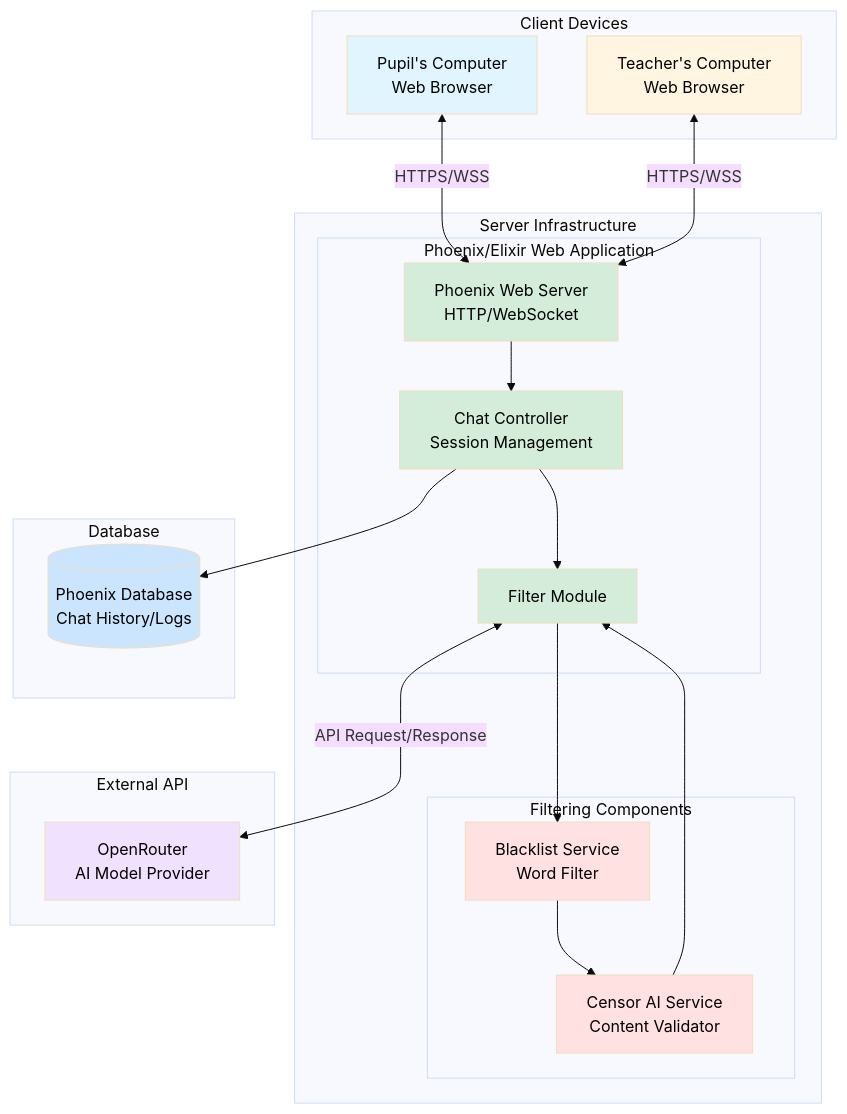
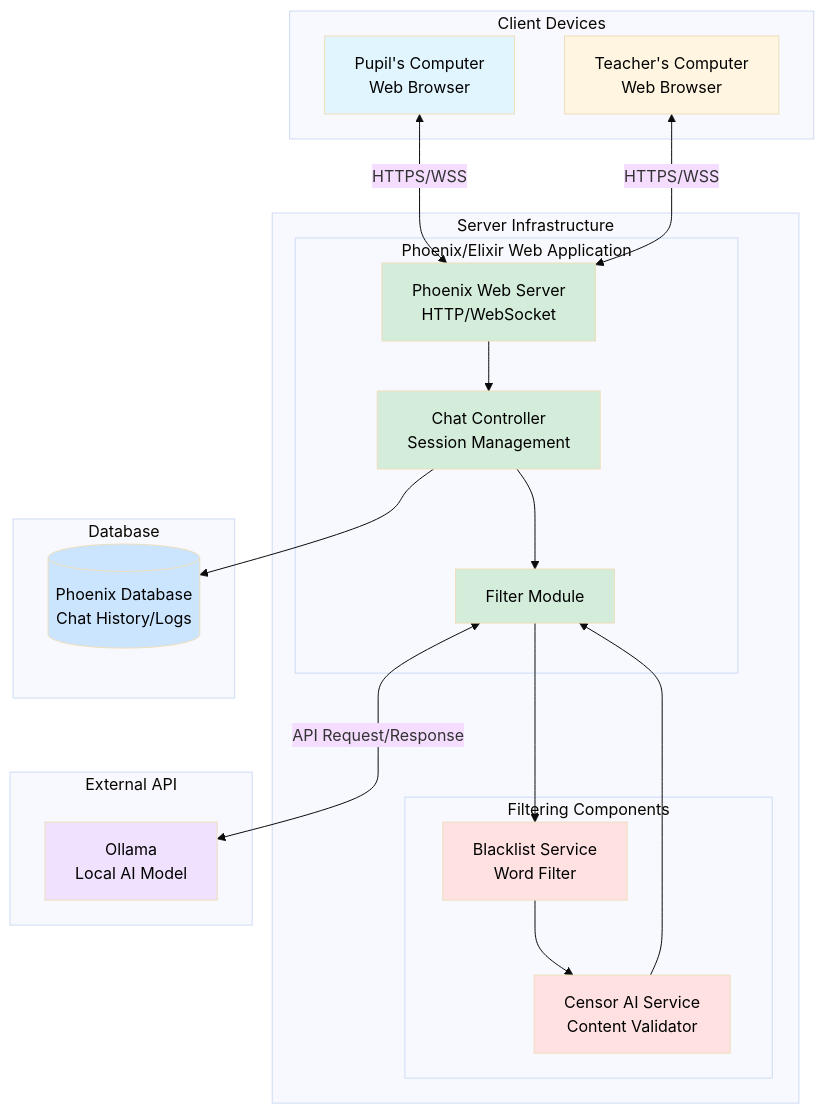
The diagram in ARCHITECTURE.md (Antervel/coldplay), drawn with Mermaid (base theme) before and after one commit. The commit also changed other lines of this file and 5 other files, not shown here.

````diff
--- a/ARCHITECTURE.md
+++ b/ARCHITECTURE.md
@@ -9,52 +9,52 @@
 ```mermaid
 graph TB
     subgraph "Client Devices"
         PB[Pupil's Computer<br/>Web Browser]
         TB[Teacher's Computer<br/>Web Browser]
     end
     
     subgraph "Server Infrastructure"
         subgraph "Phoenix/Elixir Web Application"
             WEB[Phoenix Web Server<br/>HTTP/WebSocket]
             CHAT[Chat Controller<br/>Session Management]
             FILTER[Filter Module]
         end
         
         subgraph "Filtering Components"
             BL[Blacklist Service<br/>Word Filter]
             CA[Censor AI Service<br/>Content Validator]
         end
     end
     
     subgraph "External API"
-        OR[OpenRouter<br/>AI Model Provider]
+        OL[Ollama<br/>Local AI Model]
     end
     
     subgraph "Database"
         DB[(Phoenix Database<br/>Chat History/Logs)]
     end
     
     PB <-->|HTTPS/WSS| WEB
     TB <-->|HTTPS/WSS| WEB
     
     WEB --> CHAT
     CHAT --> FILTER
     
-    FILTER <-->|API Request/Response| OR
+    FILTER <-->|API Request/Response| OL
     
     FILTER --> BL
     BL --> CA
     CA --> FILTER
     
     CHAT --> DB
     
     style PB fill:#e1f5ff,color:#000
     style TB fill:#fff5e1,color:#000
     style WEB fill:#d4edda,color:#000
     style CHAT fill:#d4edda,color:#000
     style FILTER fill:#d4edda,color:#000
     style BL fill:#ffe1e1,color:#000
     style CA fill:#ffe1e1,color:#000
-    style OR fill:#f0e1ff,color:#000
+    style OL fill:#f0e1ff,color:#000
     style DB fill:#cce5ff,color:#000
 ```
````
